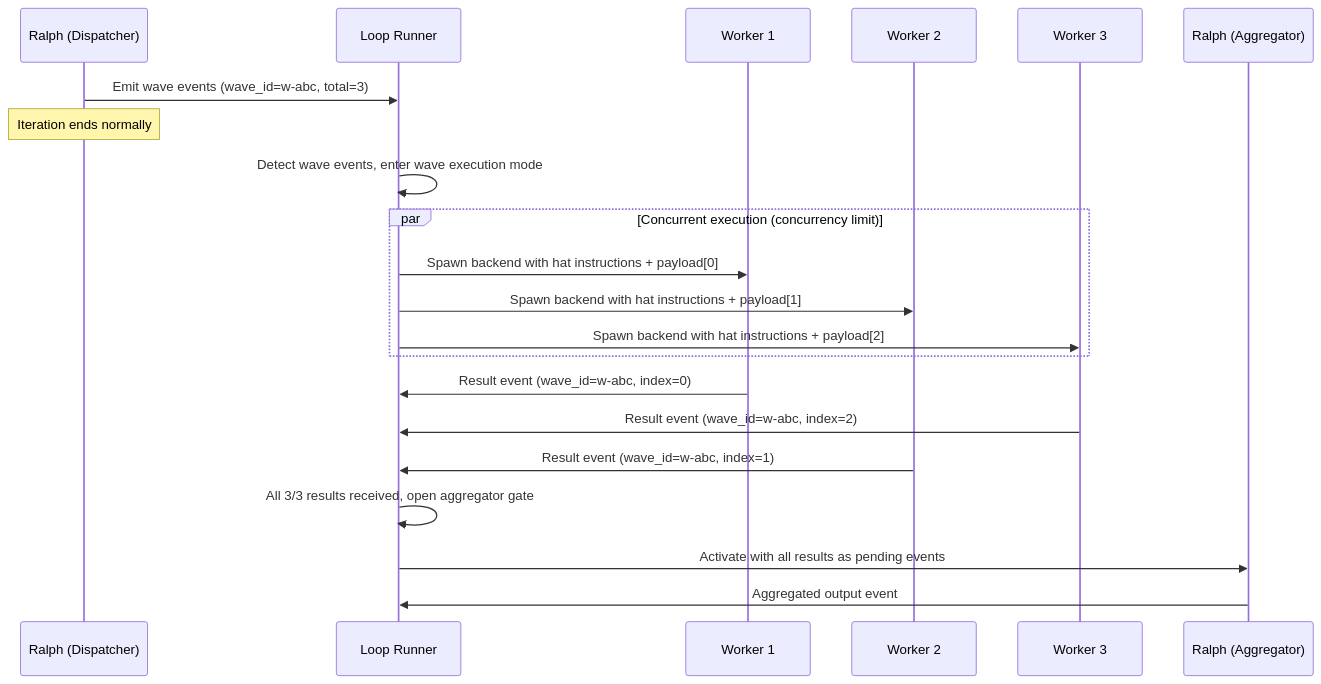
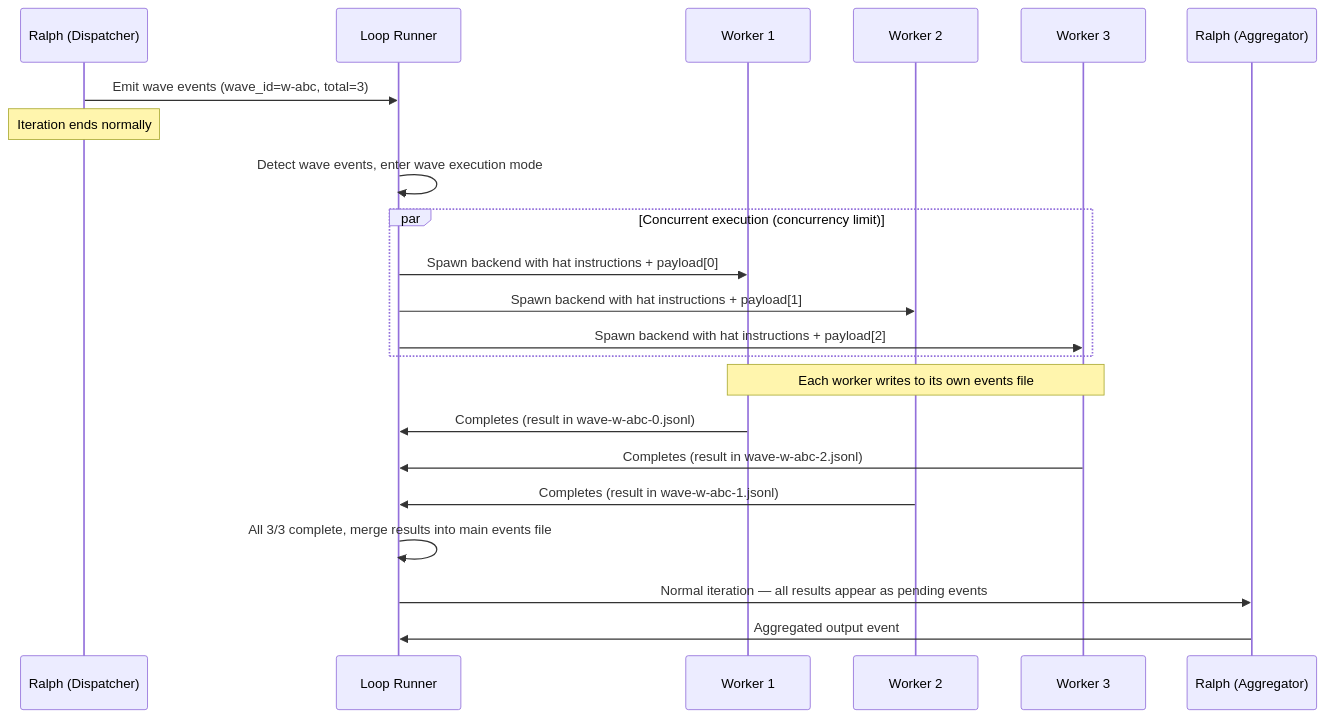
The third of 4 diagrams in specs/agent-waves/design.md (cdriscol/ralph-orchestrator), drawn with Mermaid before and after one commit. The commit also changed other lines of this file, not shown here.

````diff
--- a/specs/agent-waves/design.md
+++ b/specs/agent-waves/design.md
@@ -98,28 +112,29 @@
 ```mermaid
 sequenceDiagram
     participant R as Ralph (Dispatcher)
     participant LR as Loop Runner
     participant W1 as Worker 1
     participant W2 as Worker 2
     participant W3 as Worker 3
     participant RA as Ralph (Aggregator)
 
     R->>LR: Emit wave events (wave_id=w-abc, total=3)
     Note over R: Iteration ends normally
 
     LR->>LR: Detect wave events, enter wave execution mode
 
     par Concurrent execution (concurrency limit)
         LR->>W1: Spawn backend with hat instructions + payload[0]
         LR->>W2: Spawn backend with hat instructions + payload[1]
         LR->>W3: Spawn backend with hat instructions + payload[2]
     end
 
-    W1->>LR: Result event (wave_id=w-abc, index=0)
-    W3->>LR: Result event (wave_id=w-abc, index=2)
-    W2->>LR: Result event (wave_id=w-abc, index=1)
+    Note over W1,W3: Each worker writes to its own events file
+    W1->>LR: Completes (result in wave-w-abc-0.jsonl)
+    W3->>LR: Completes (result in wave-w-abc-2.jsonl)
+    W2->>LR: Completes (result in wave-w-abc-1.jsonl)
 
-    LR->>LR: All 3/3 results received, open aggregator gate
-    LR->>RA: Activate with all results as pending events
+    LR->>LR: All 3/3 complete, merge results into main events file
+    LR->>RA: Normal iteration — all results appear as pending events
     RA->>LR: Aggregated output event
 ```
````
